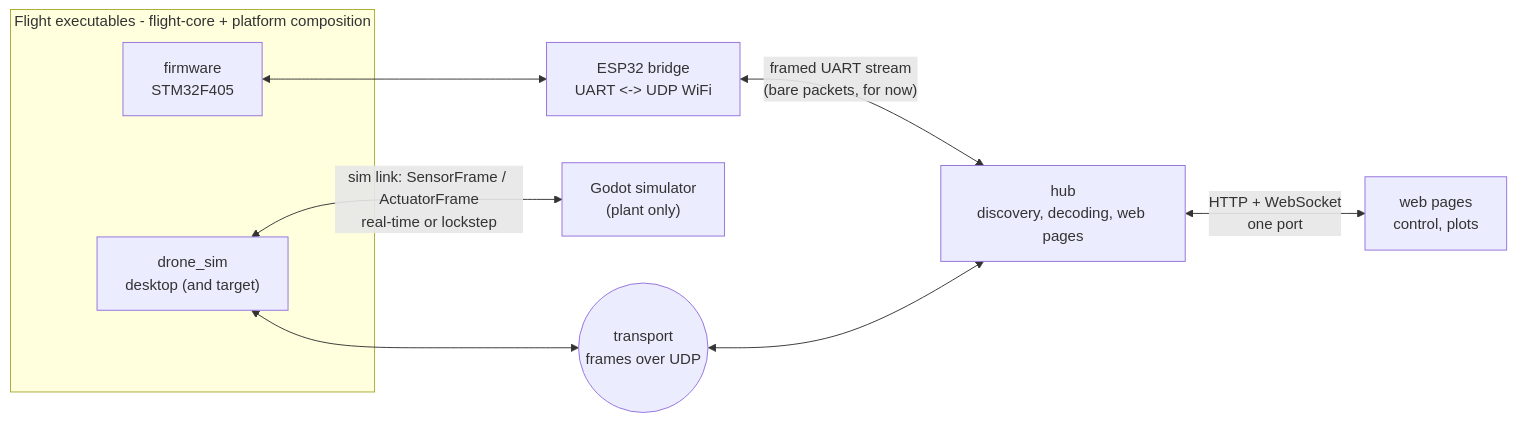
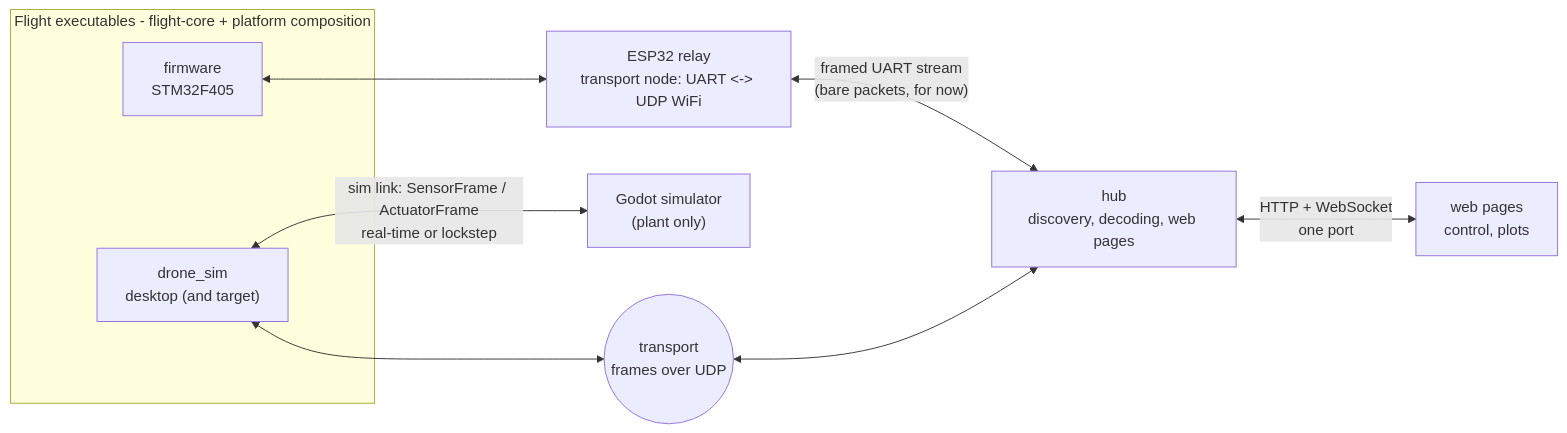
The first of 2 diagrams in docs/architecture.md (Keyrim/drone-mark4), drawn with Mermaid before and after one commit. The commit also changed other lines of this file and 10 other files, not shown here.

First line of the commit message:
docs: the ESP32 is a transport relay, the hub has one link

````diff
--- a/docs/architecture.md
+++ b/docs/architecture.md
@@ -9,20 +9,20 @@
 ```mermaid
 flowchart LR
     subgraph flight["Flight executables - flight-core + platform composition"]
         FW["firmware<br/>STM32F405"]
         DS["drone_sim<br/>desktop (and target)"]
     end
 
-    ESP["ESP32 bridge<br/>UART <-> UDP WiFi"]
+    ESP["ESP32 relay<br/>transport node: UART <-> UDP WiFi"]
     GODOT["Godot simulator<br/>(plant only)"]
     HUB["hub<br/>discovery, decoding, web pages"]
     PAGES["web pages<br/>control, plots"]
     BUS(("transport<br/>frames over UDP"))
 
     FW <--> ESP
     DS <-->|"sim link: SensorFrame / ActuatorFrame<br/>real-time or lockstep"| GODOT
     ESP <-->|"framed UART stream<br/>(bare packets, for now)"| HUB
     DS <--> BUS
     BUS <--> HUB
     HUB <-->|"HTTP + WebSocket<br/>one port"| PAGES
 ```
````
